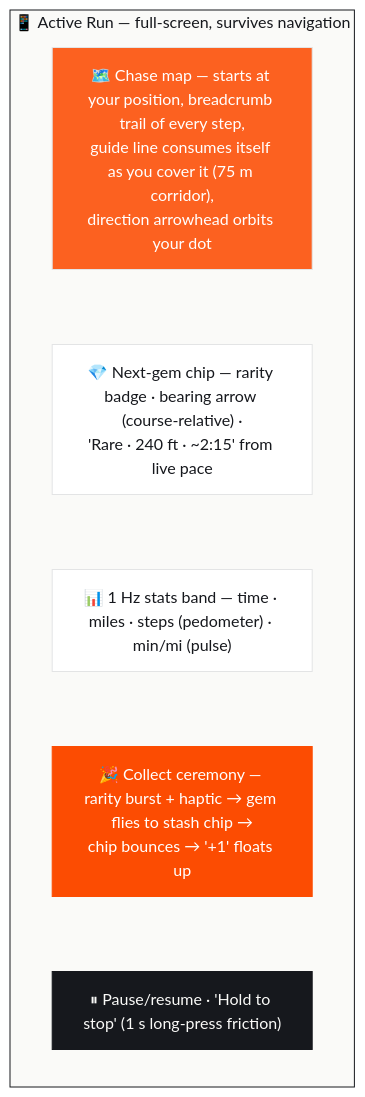
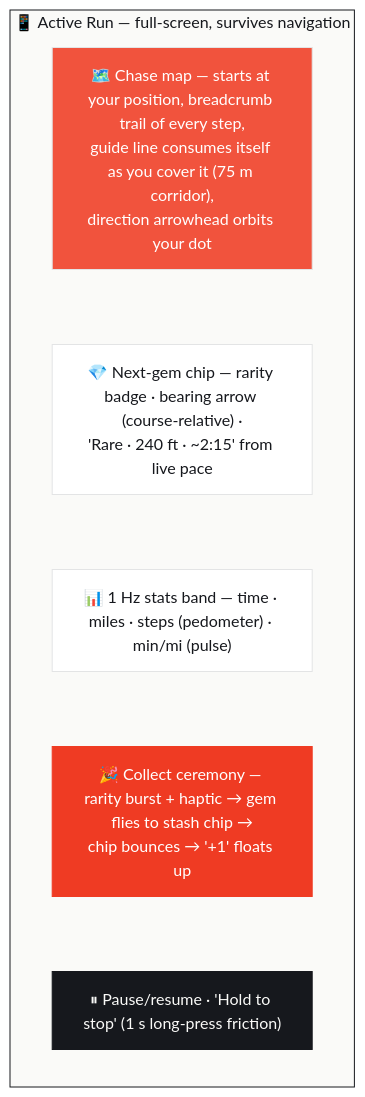
Before and after one commit to Ifthikar20/project-gr: the ninth of 17 diagrams in docs/16-architecture-deep-dive.md, drawn with Mermaid. The commit also changed other lines of this file and 6 other files, not shown here.

````diff
--- a/docs/16-architecture-deep-dive.md
+++ b/docs/16-architecture-deep-dive.md
@@ -385,17 +385,17 @@
 ```mermaid
 flowchart TB
     subgraph RUN["📱 Active Run — full-screen, survives navigation"]
         direction TB
         R1["🗺️ Chase map — starts at your position, breadcrumb trail of every step,<br/>guide line consumes itself as you cover it (75 m corridor),<br/>direction arrowhead orbits your dot"]:::map
         R2["💎 Next-gem chip — rarity badge · bearing arrow (course-relative) ·<br/>'Rare · 240 ft · ~2:15' from live pace"]:::card
         R3["📊 1 Hz stats band — time · miles · steps (pedometer) · min/mi (pulse)"]:::card
         R4["🎉 Collect ceremony — rarity burst + haptic → gem flies to stash chip →<br/>chip bounces → '+1' floats up"]:::pulse
         R5["⏸ Pause/resume · 'Hold to stop' (1 s long-press friction)"]:::ink
         R1 ~~~ R2 ~~~ R3 ~~~ R4 ~~~ R5
     end
     classDef card fill:#FFFFFF,stroke:#E3E4E5,color:#16181D
-    classDef map fill:#FC6120,stroke:#E3E4E5,color:#FFFFFF
-    classDef pulse fill:#FC4C02,stroke:#FC4C02,color:#FFFFFF
+    classDef map fill:#F1533D,stroke:#E3E4E5,color:#FFFFFF
+    classDef pulse fill:#EF3B23,stroke:#EF3B23,color:#FFFFFF
     classDef ink fill:#16181D,stroke:#16181D,color:#FAFAF8
     style RUN fill:#FAFAF8,stroke:#16181D,color:#16181D
 ```
````
